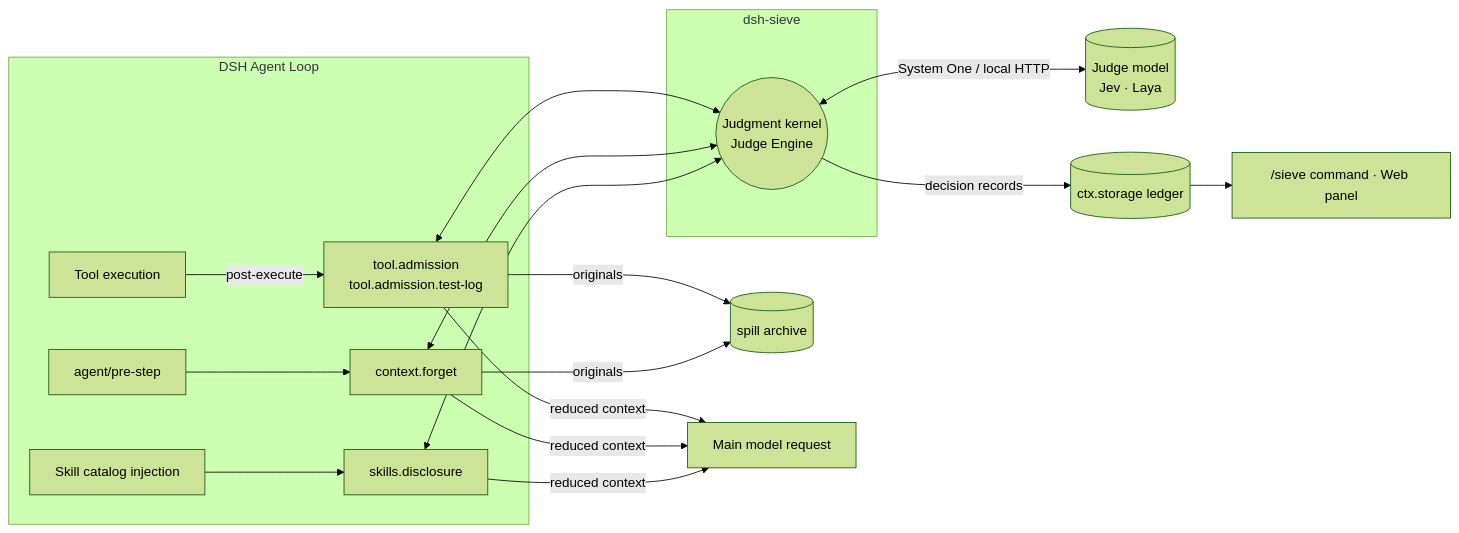
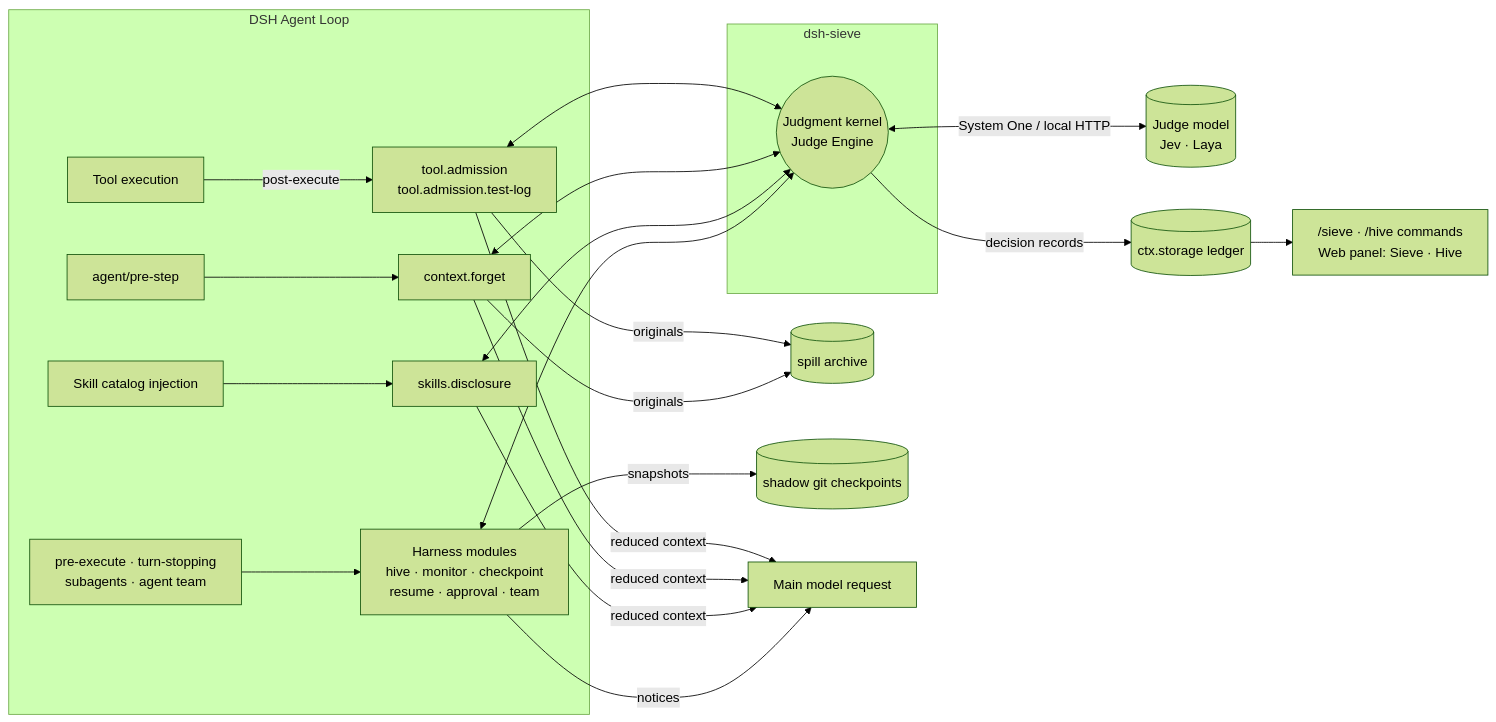
One commit to Sev7eEn7/dsh-sieve changed the first of 2 diagrams in README.md. Above: the diagram before and after it, drawn with Mermaid (forest theme). The commit also changed other lines of this file and 2 other files, not shown here.

Commit message:
重写 README：记录 Harness 模块更新，加入演示 GIF 与折叠前后对比

````diff
--- a/README.md
+++ b/README.md
@@ -78,25 +164,30 @@
 ```mermaid
 flowchart LR
     subgraph Loop["DSH Agent Loop"]
         T[Tool execution] -->|post-execute| A
         P[agent/pre-step] --> F
         S[Skill catalog injection] --> D
+        X["pre-execute · turn-stopping<br/>subagents · agent team"] --> H
     end
 
     subgraph Sieve["dsh-sieve"]
         A["tool.admission<br/>tool.admission.test-log"]
         F[context.forget]
         D[skills.disclosure]
+        H["Harness modules<br/>hive · monitor · checkpoint<br/>resume · approval · team"]
         K(("Judgment kernel<br/>Judge Engine"))
         A <--> K
         F <--> K
         D <--> K
+        H <--> K
     end
 
     K <-->|"System One / local HTTP"| J[("Judge model<br/>Jev · Laya")]
     A & F -->|originals| SP[(spill archive)]
+    H -->|snapshots| CP[(shadow git checkpoints)]
     K -->|decision records| L[(ctx.storage ledger)]
-    L --> W["/sieve command · Web panel"]
+    L --> W["/sieve · /hive commands<br/>Web panel: Sieve · Hive"]
 
     A & F & D -->|reduced context| M[Main model request]
+    H -->|notices| M
 ```
````
